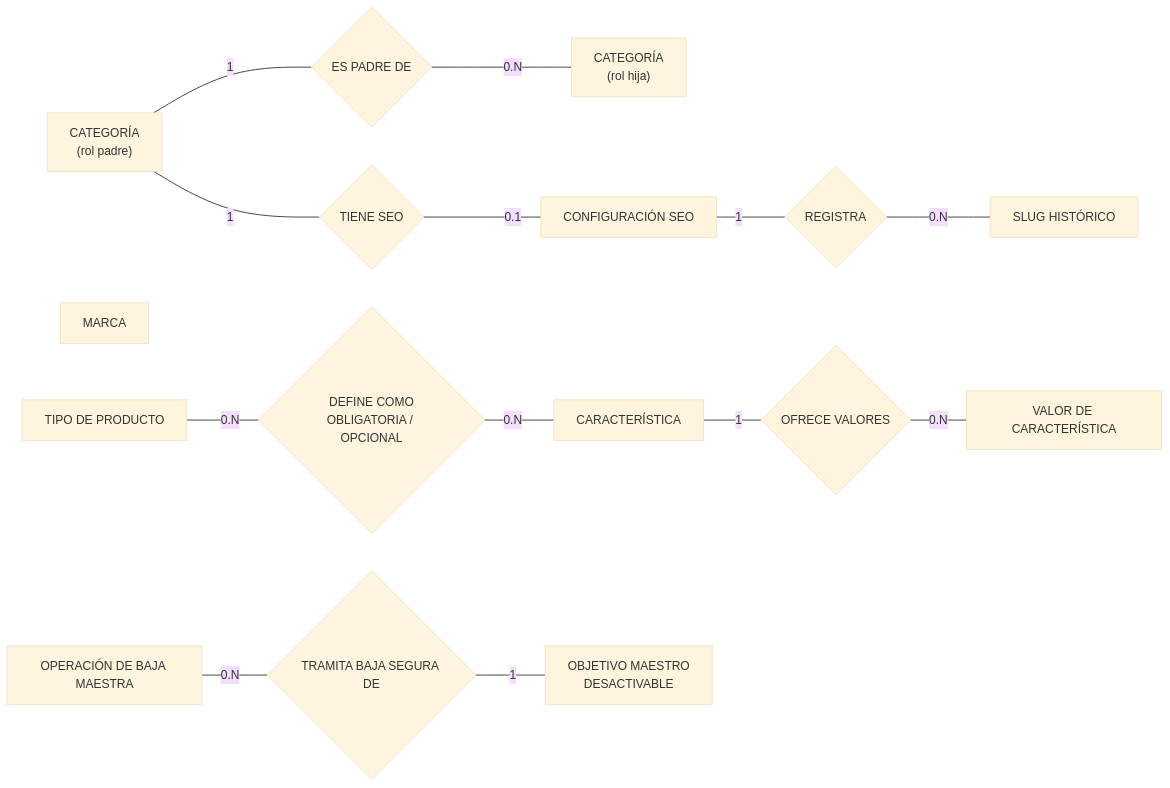
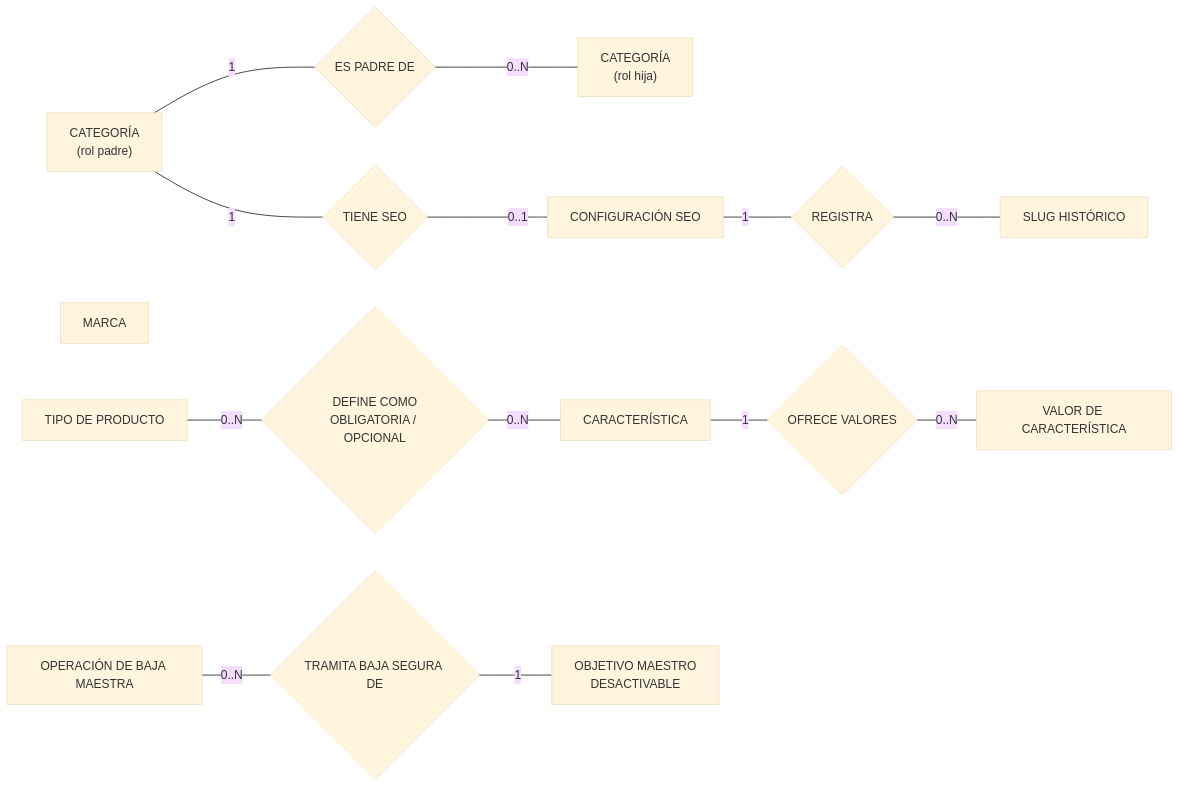
Before and after one commit to Taller-SW-Web/G6-Productos-Ofertas-docs: the second of 10 diagrams in Modelo_Conceptual.md, drawn with Mermaid (base theme). The commit also changed other lines of this file and 11 other files, not shown here.

````diff
--- a/Modelo_Conceptual.md
+++ b/Modelo_Conceptual.md
@@ -191,38 +217,38 @@
 ```mermaid
 flowchart LR
   CAT_PARENT["CATEGORÍA<br/>(rol padre)"]
   CAT_CHILD["CATEGORÍA<br/>(rol hija)"]
   BRAND["MARCA"]
   CHAR["CARACTERÍSTICA"]
   VALUE["VALOR DE CARACTERÍSTICA"]
   TYPE["TIPO DE PRODUCTO"]
   SEO["CONFIGURACIÓN SEO"]
   SLUG["SLUG HISTÓRICO"]
   MASTER_TARGET["OBJETIVO MAESTRO<br/>DESACTIVABLE"]
   DEACT_OP["OPERACIÓN DE BAJA MAESTRA"]
 
   R_HIER{"ES PADRE DE"}
   R_VALUES{"OFRECE VALORES"}
   R_SCHEMA{"DEFINE COMO<br/>OBLIGATORIA / OPCIONAL"}
   R_SEO{"TIENE SEO"}
   R_HISTORY{"REGISTRA"}
   R_DEACT{"TRAMITA BAJA SEGURA DE"}
 
   CAT_PARENT ---|"1"| R_HIER
-  R_HIER ---|"0.N"| CAT_CHILD
+  R_HIER ---|"0..N"| CAT_CHILD
 
   CHAR ---|"1"| R_VALUES
-  R_VALUES ---|"0.N"| VALUE
+  R_VALUES ---|"0..N"| VALUE
 
-  TYPE ---|"0.N"| R_SCHEMA
-  R_SCHEMA ---|"0.N"| CHAR
+  TYPE ---|"0..N"| R_SCHEMA
+  R_SCHEMA ---|"0..N"| CHAR
 
   CAT_PARENT ---|"1"| R_SEO
-  R_SEO ---|"0.1"| SEO
+  R_SEO ---|"0..1"| SEO
 
   SEO ---|"1"| R_HISTORY
-  R_HISTORY ---|"0.N"| SLUG
+  R_HISTORY ---|"0..N"| SLUG
 
-  DEACT_OP ---|"0.N"| R_DEACT
+  DEACT_OP ---|"0..N"| R_DEACT
   R_DEACT ---|"1"| MASTER_TARGET
 ```
````
